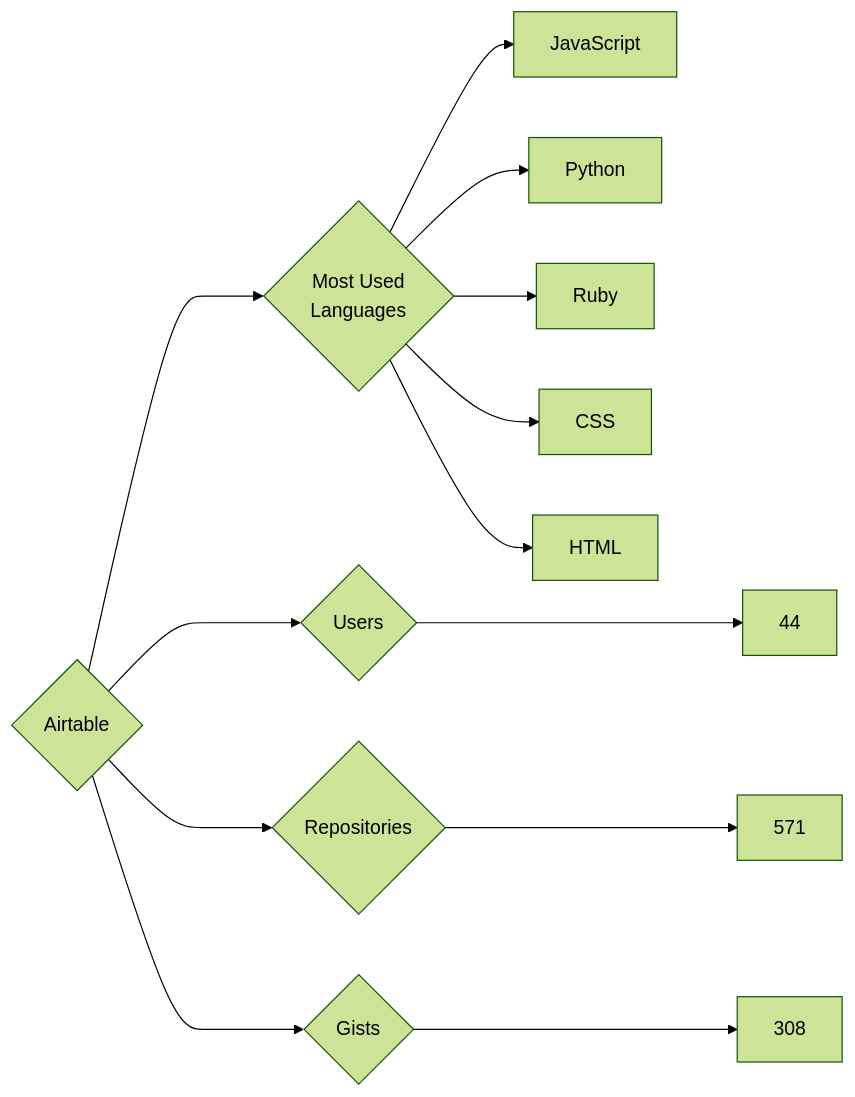
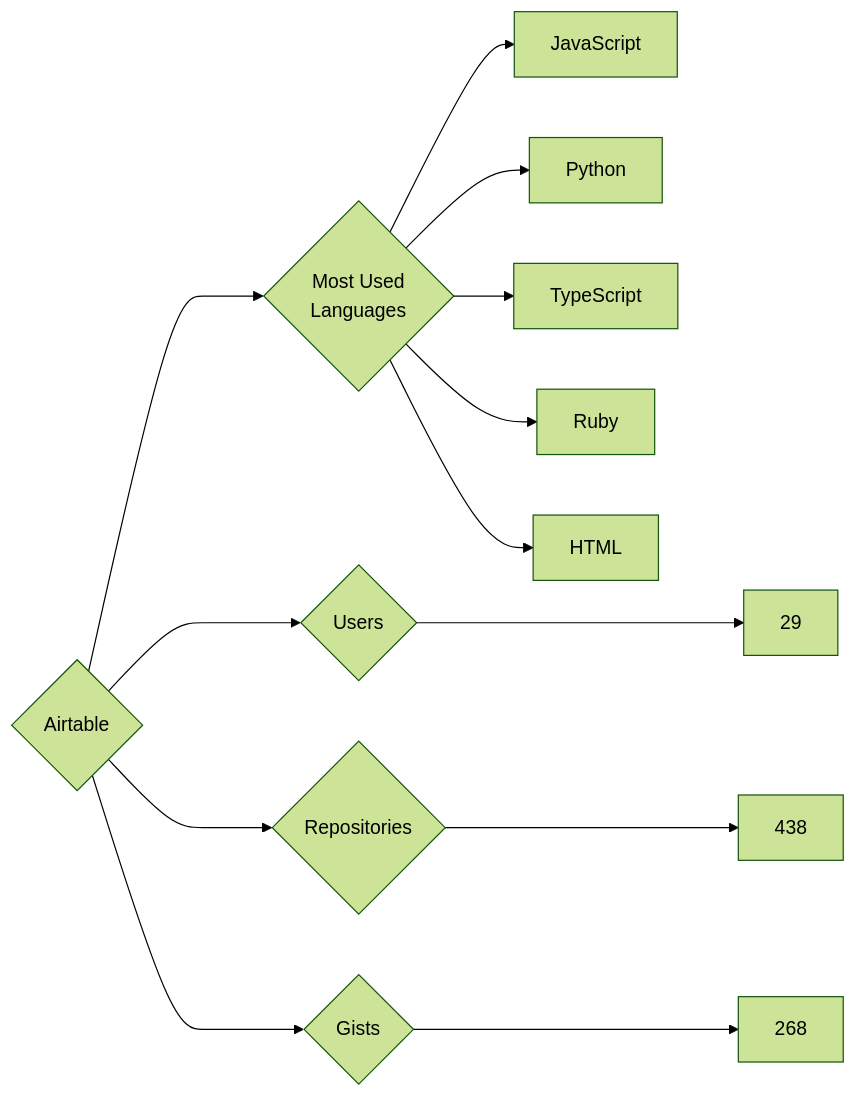
Before and after one commit to trickest/insiders: the diagram in targets/Airtable/README.md, drawn with Mermaid (forest theme). The commit also changed 998 other files, not shown here.

````diff
--- a/targets/Airtable/README.md
+++ b/targets/Airtable/README.md
@@ -3,13 +3,13 @@
 ```mermaid
 graph LR
 COMPANY_NAME{Airtable}
-COMPANY_NAME ---> U{Users} ---> UN[44]
-COMPANY_NAME ---> R{Repositories} ---> RN[571]
-COMPANY_NAME ---> G{Gists} ---> GN[308]
+COMPANY_NAME ---> U{Users} ---> UN[29]
+COMPANY_NAME ---> R{Repositories} ---> RN[438]
+COMPANY_NAME ---> G{Gists} ---> GN[268]
 COMPANY_NAME ---> ML{Most Used<br>Languages}
 ML --> JavaScript[JavaScript]
 ML --> Python[Python]
+ML --> TypeScript[TypeScript]
 ML --> Ruby[Ruby]
-ML --> CSS[CSS]
 ML --> HTML[HTML]
 ```
````
